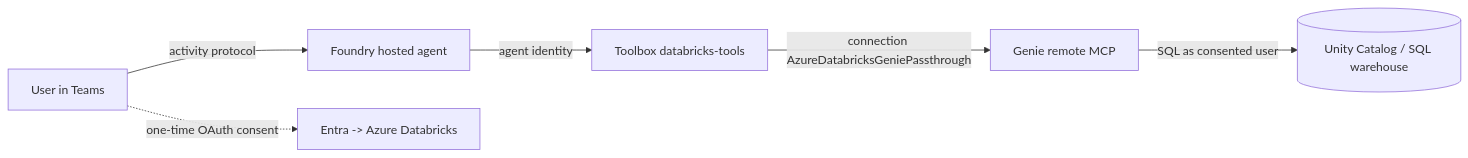
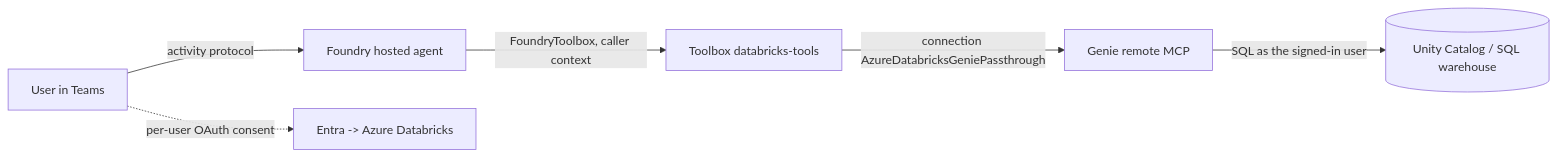
One commit to Heenanl/Foundry_EnterpriseAgents changed the diagram in foundryagents/hostedagent/databricks-agent/README.md. Above: the diagram before and after it, drawn with Mermaid. The commit also changed other lines of this file and 2 other files, not shown here.

First line of the commit message:
Use FoundryToolbox so per-user identity reaches Databricks Genie

````diff
--- a/foundryagents/hostedagent/databricks-agent/README.md
+++ b/foundryagents/hostedagent/databricks-agent/README.md
@@ -14,8 +13,8 @@
 ```mermaid
 flowchart LR
     U[User in Teams] -->|activity protocol| F[Foundry hosted agent]
-    F -->|agent identity| T[Toolbox databricks-tools]
+    F -->|FoundryToolbox, caller context| T[Toolbox databricks-tools]
     T -->|connection AzureDatabricksGeniePassthrough| G[Genie remote MCP]
-    G -->|SQL as consented user| W[(Unity Catalog / SQL warehouse)]
-    U -.->|one-time OAuth consent| E[Entra -> Azure Databricks]
+    G -->|SQL as the signed-in user| W[(Unity Catalog / SQL warehouse)]
+    U -.->|per-user OAuth consent| E[Entra -> Azure Databricks]
 ```
````
